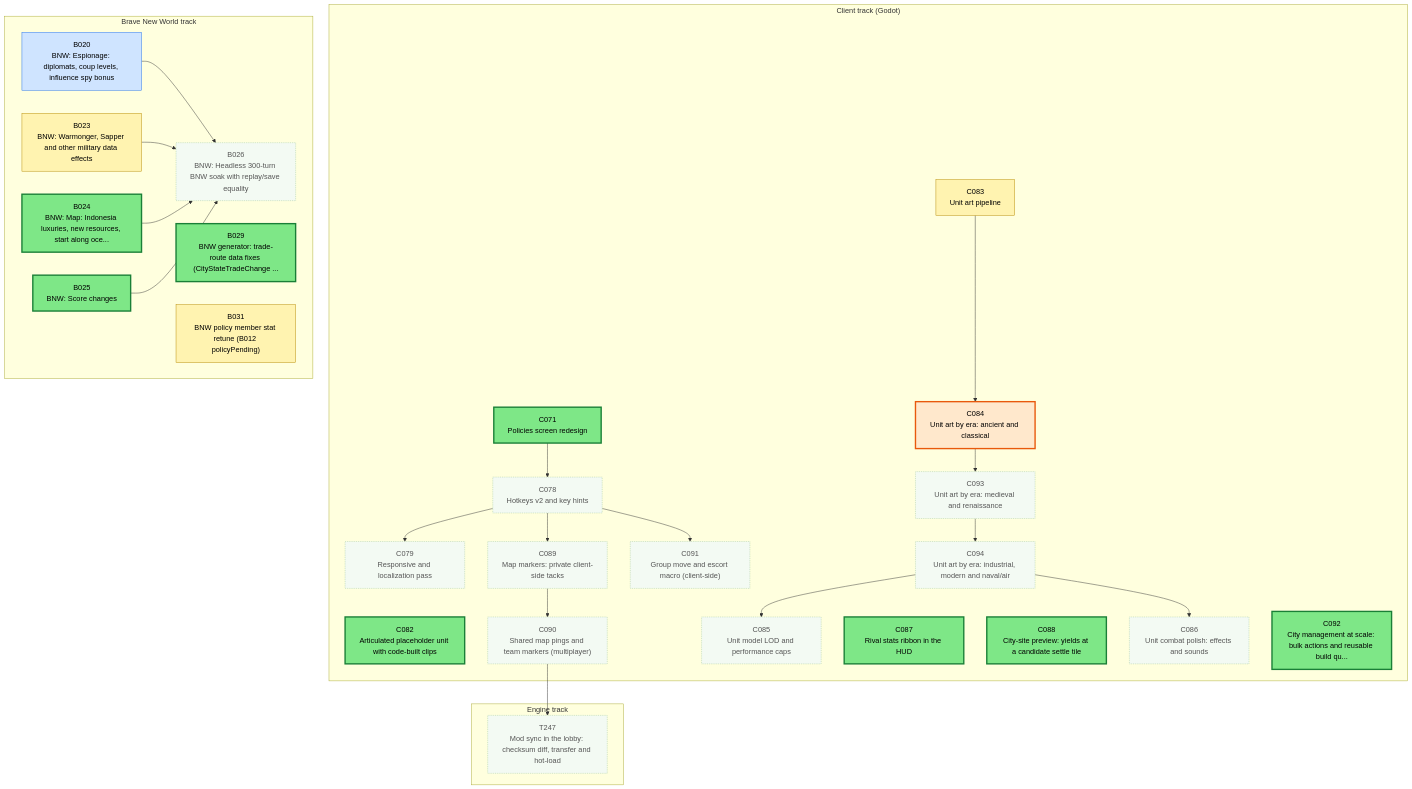
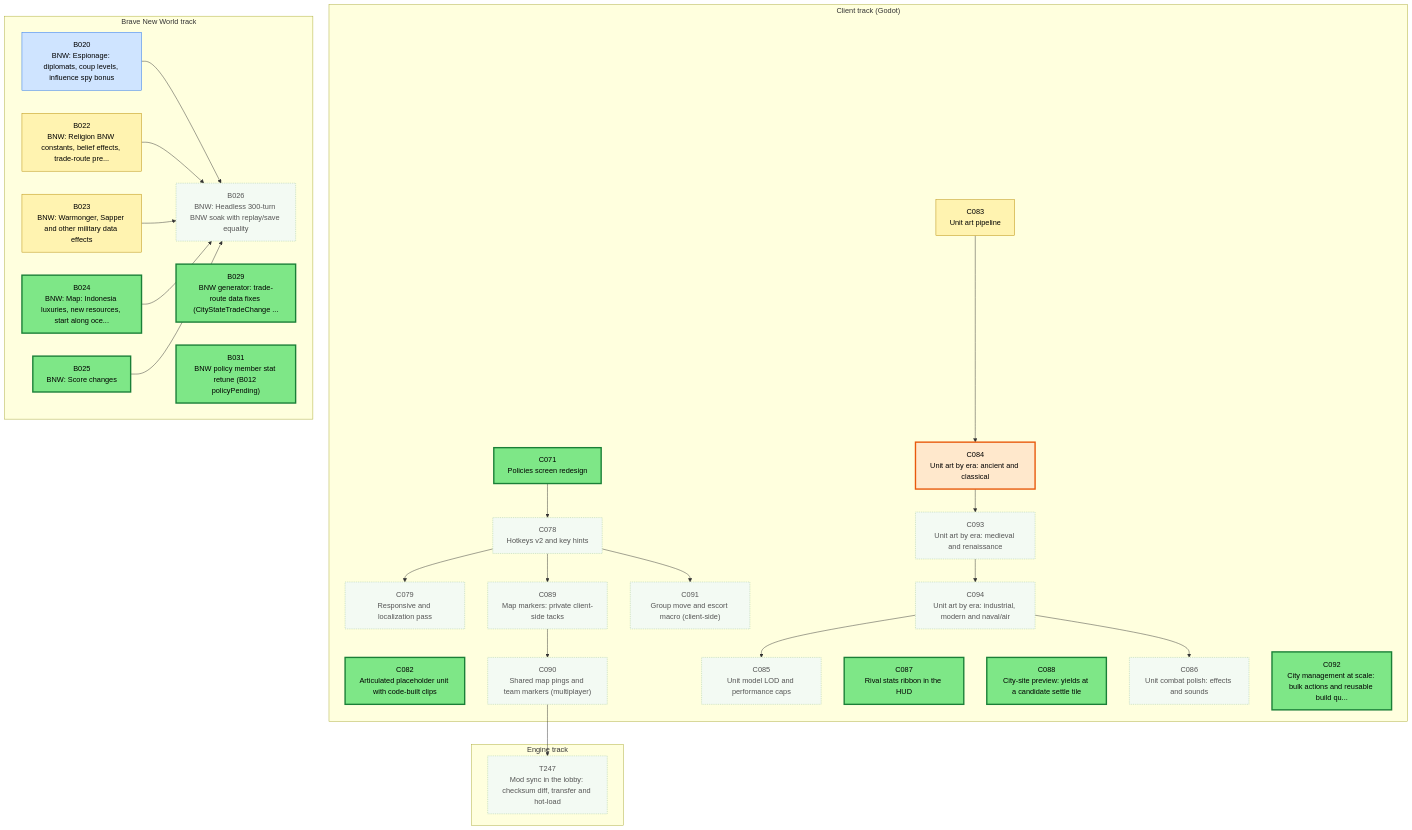
The first of 3 diagrams in csharp/migration/DEPENDENCY_MAP.md (Kenmura/Unciv), drawn with Mermaid before and after one commit. The commit also changed other lines of this file and 5 other files, not shown here.

````diff
--- a/csharp/migration/DEPENDENCY_MAP.md
+++ b/csharp/migration/DEPENDENCY_MAP.md
@@ -25,79 +25,82 @@
 ```mermaid
 flowchart TD
   subgraph TTRACK["Engine track"]
     T247["T247<br/>Mod sync in the lobby: checksum diff, transfer and hot-load"]
   end
   subgraph CTRACK["Client track (Godot)"]
     C071["C071<br/>Policies screen redesign"]
     C078["C078<br/>Hotkeys v2 and key hints"]
     C079["C079<br/>Responsive and localization pass"]
     C082["C082<br/>Articulated placeholder unit with code-built clips"]
     C083["C083<br/>Unit art pipeline"]
     C084["C084<br/>Unit art by era: ancient and classical"]
     C085["C085<br/>Unit model LOD and performance caps"]
     C086["C086<br/>Unit combat polish: effects and sounds"]
     C087["C087<br/>Rival stats ribbon in the HUD"]
     C088["C088<br/>City-site preview: yields at a candidate settle tile"]
     C089["C089<br/>Map markers: private client-side tacks"]
     C090["C090<br/>Shared map pings and team markers (multiplayer)"]
     C091["C091<br/>Group move and escort macro (client-side)"]
     C092["C092<br/>City management at scale: bulk actions and reusable build qu..."]
     C093["C093<br/>Unit art by era: medieval and renaissance"]
     C094["C094<br/>Unit art by era: industrial, modern and naval/air"]
   end
   subgraph BTRACK["Brave New World track"]
     B020["B020<br/>BNW: Espionage: diplomats, coup levels, influence spy bonus"]
+    B022["B022<br/>BNW: Religion BNW constants, belief effects, trade-route pre..."]
     B023["B023<br/>BNW: Warmonger, Sapper and other military data effects"]
     B024["B024<br/>BNW: Map: Indonesia luxuries, new resources, start along oce..."]
     B025["B025<br/>BNW: Score changes"]
     B026["B026<br/>BNW: Headless 300-turn BNW soak with replay/save equality"]
     B029["B029<br/>BNW generator: trade-route data fixes (CityStateTradeChange ..."]
     B031["B031<br/>BNW policy member stat retune (B012 policyPending)"]
   end
   C090 --> T247
   C071 --> C078
   C078 --> C079
   C083 --> C084
   C094 --> C085
   C094 --> C086
   C078 --> C089
   C089 --> C090
   C078 --> C091
   C084 --> C093
   C093 --> C094
   B020 --> B026
+  B022 --> B026
   B023 --> B026
   B024 --> B026
   B025 --> B026
   classDef waiting fill:#f3faf3,stroke:#9bc49b,color:#555,stroke-dasharray:2 2
   classDef ondeck fill:#ffe8cc,stroke:#e8590c,stroke-width:3px,color:#000
   classDef ready fill:#7ee787,stroke:#1a7f37,stroke-width:3px,color:#000
   classDef prog fill:#fff3b0,stroke:#b58900,color:#000
   classDef review fill:#cfe4ff,stroke:#1f6feb,color:#000
   classDef blocked fill:#ffd6d6,stroke:#c62828,color:#000
   classDef done fill:#eeeeee,stroke:#999999,color:#666,stroke-dasharray:4 3
   class B020 review
+  class B022 prog
   class B023 prog
   class B024 ready
   class B025 ready
   class B026 waiting
   class B029 ready
-  class B031 prog
+  class B031 ready
   class C071 ready
   class C078 waiting
   class C079 waiting
   class C082 ready
   class C083 prog
   class C084 ondeck
   class C085 waiting
   class C086 waiting
   class C087 ready
   class C088 ready
   class C089 waiting
   class C090 waiting
   class C091 waiting
   class C092 ready
   class C093 waiting
   class C094 waiting
   class T247 waiting
 ```
````
